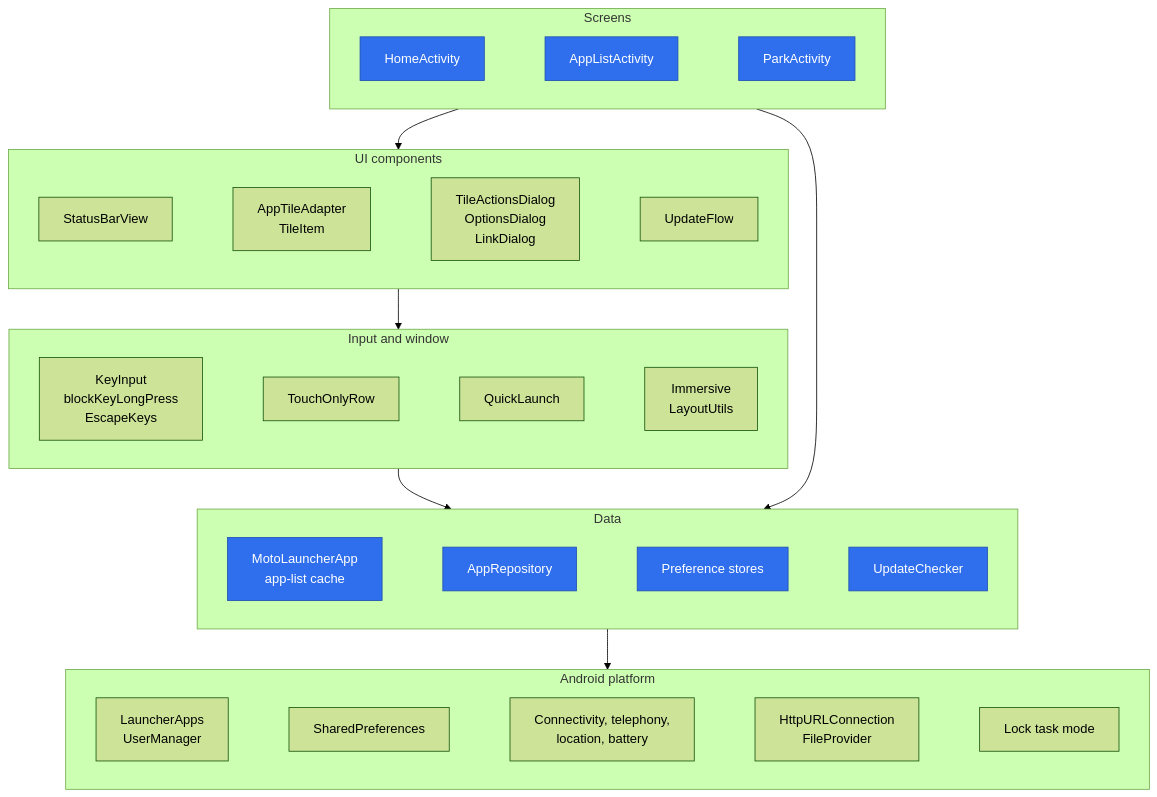
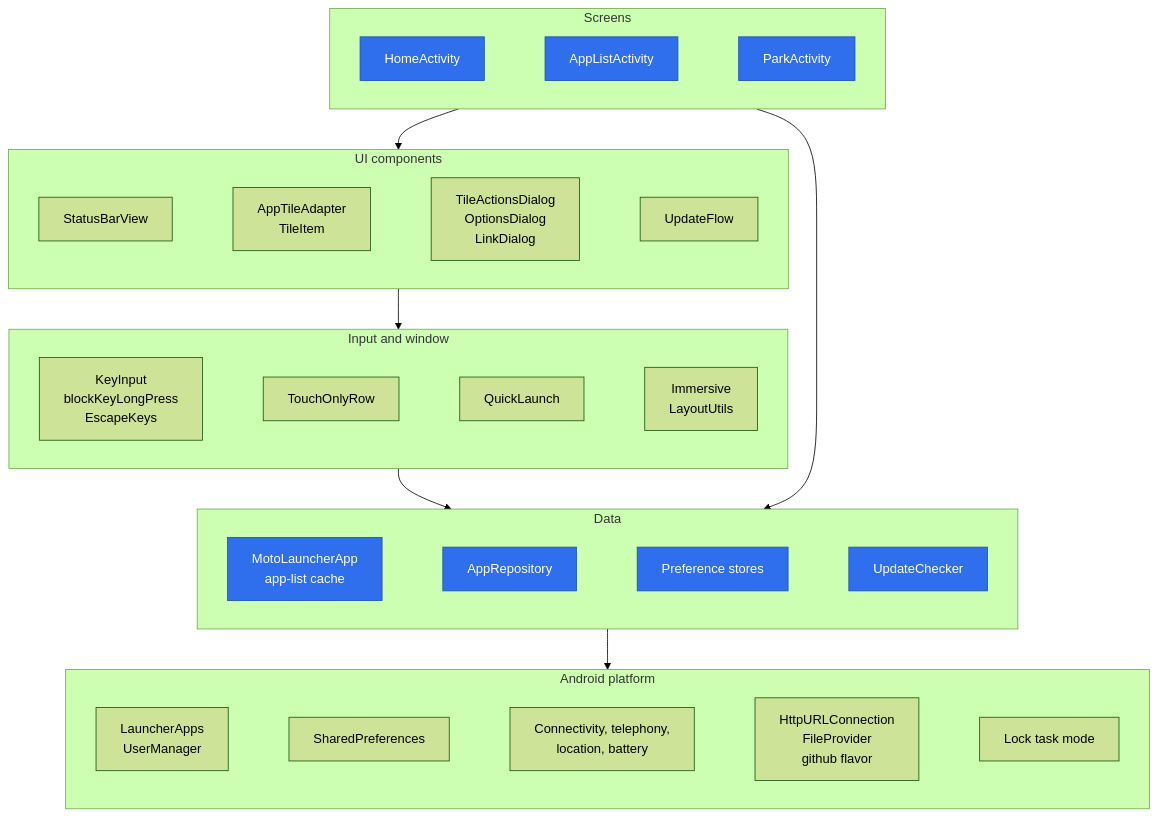
One commit to c0dev0id/motoLauncher changed the second of 3 diagrams in .github/architecture.md. Above: the diagram before and after it, drawn with Mermaid (forest theme). The commit also changed other lines of this file and 8 other files, not shown here.

First line of the commit message:
Document the Play build, the release flow and API 36

````diff
--- a/.github/architecture.md
+++ b/.github/architecture.md
@@ -57,29 +60,29 @@
 ```mermaid
 flowchart TB
     subgraph screens["Screens"]
         direction LR
         home["HomeActivity"] ~~~ list["AppListActivity"] ~~~ park["ParkActivity"]
     end
     subgraph widgets["UI components"]
         direction LR
         statusbar["StatusBarView"] ~~~ adapter["AppTileAdapter<br/>TileItem"] ~~~ dialogs["TileActionsDialog<br/>OptionsDialog<br/>LinkDialog"] ~~~ updateflow["UpdateFlow"]
     end
     subgraph input["Input and window"]
         direction LR
         keys["KeyInput<br/>blockKeyLongPress<br/>EscapeKeys"] ~~~ touch["TouchOnlyRow"] ~~~ quick["QuickLaunch"] ~~~ immersive["Immersive<br/>LayoutUtils"]
     end
     subgraph data["Data"]
         direction LR
         appc["MotoLauncherApp<br/>app-list cache"] ~~~ repo["AppRepository"] ~~~ stores["Preference stores"] ~~~ updater["UpdateChecker"]
     end
     subgraph platform["Android platform"]
         direction LR
-        p1["LauncherApps<br/>UserManager"] ~~~ p2["SharedPreferences"] ~~~ p3["Connectivity, telephony,<br/>location, battery"] ~~~ p4["HttpURLConnection<br/>FileProvider"] ~~~ p5["Lock task mode"]
+        p1["LauncherApps<br/>UserManager"] ~~~ p2["SharedPreferences"] ~~~ p3["Connectivity, telephony,<br/>location, battery"] ~~~ p4["HttpURLConnection<br/>FileProvider<br/>github flavor"] ~~~ p5["Lock task mode"]
     end
 
     screens --> widgets --> input --> data --> platform
     screens --> data
 
     classDef primary fill:#2F6FED,stroke:#1E4FB0,color:#FFFFFF
     class home,list,park,appc,repo,stores,updater primary
 ```
````
